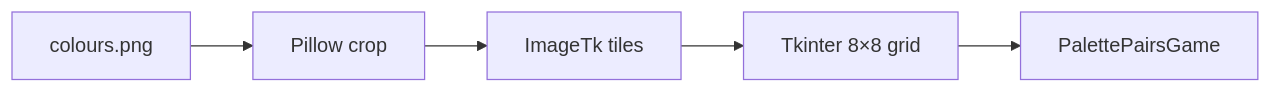
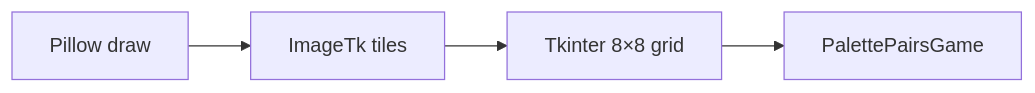
The diagram in README.md (hackerbotfz/Python-Games), drawn with Mermaid before and after one commit. The commit also changed other lines of this file and 1 other file, not shown here.

````diff
--- a/README.md
+++ b/README.md
@@ -46,7 +46,6 @@
 ```mermaid
 flowchart LR
-    SS[colours.png] --> PIL[Pillow crop]
-    PIL --> TK[ImageTk tiles]
+    GEN[Pillow draw] --> TK[ImageTk tiles]
     TK --> UI[Tkinter 8×8 grid]
     UI --> LOGIC[PalettePairsGame]
 ```
````
